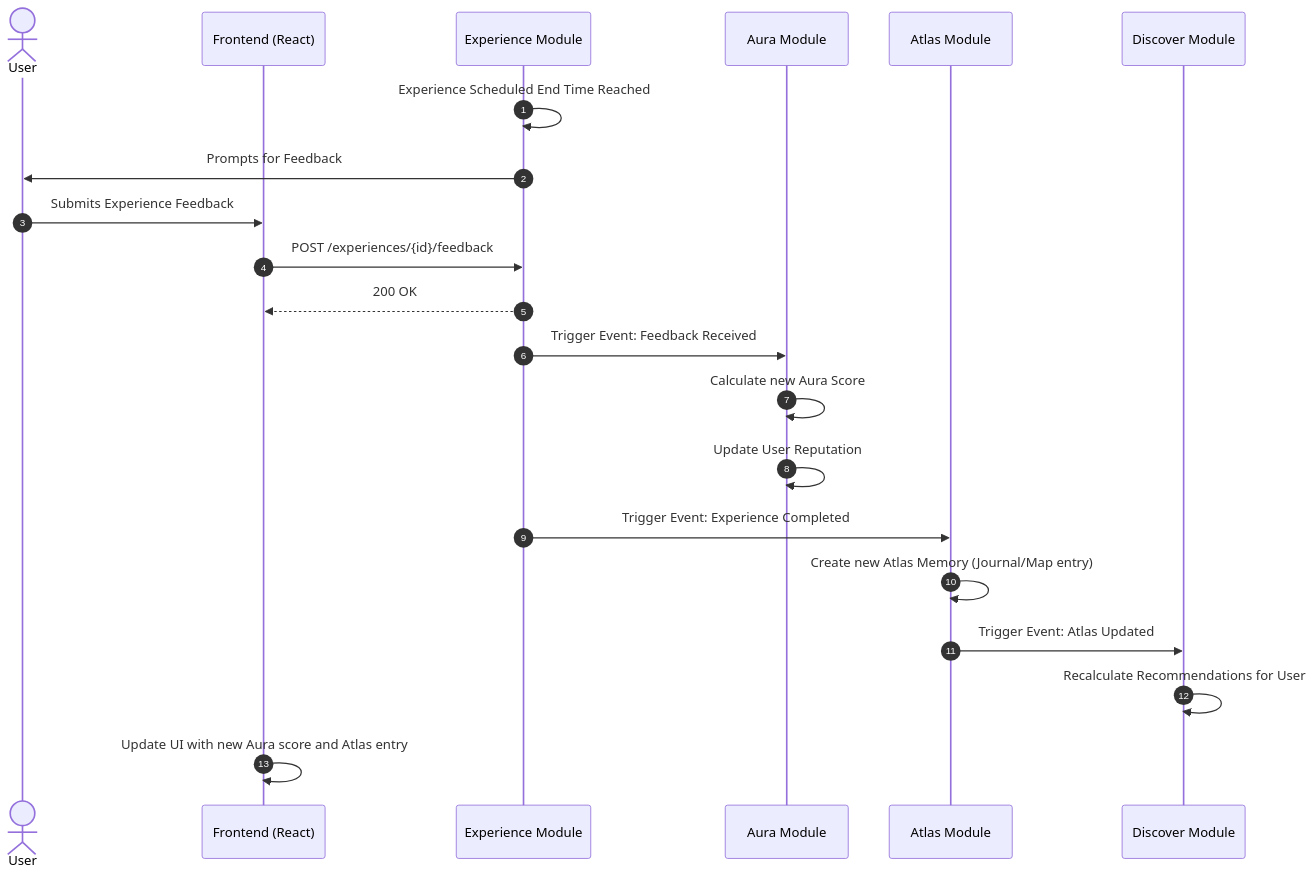
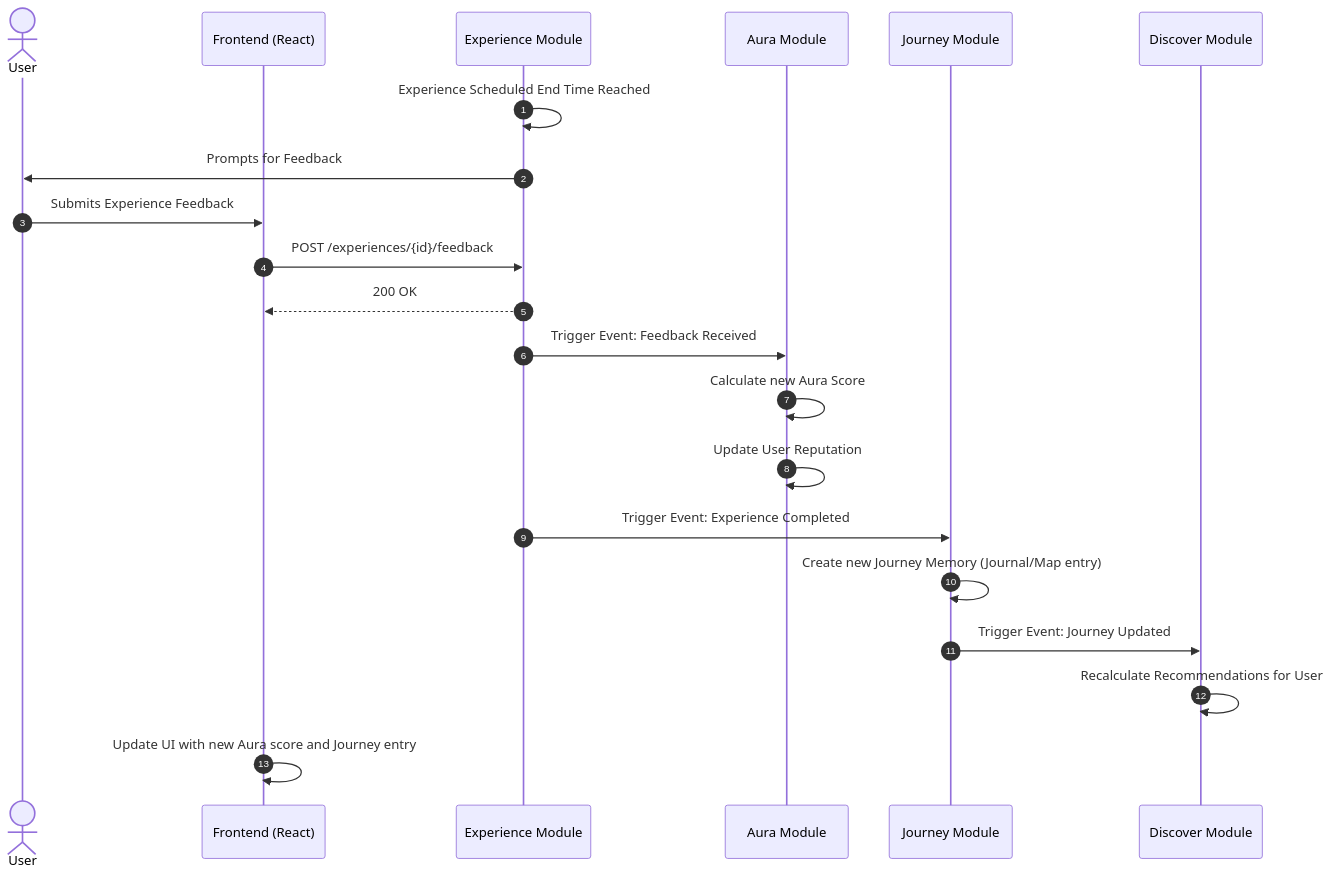
Before and after one commit to nerdlydev/yume: the diagram in docs/04-Flows/Experience-Flow.md, drawn with Mermaid. The commit also changed other lines of this file and 18 other files, not shown here.

````diff
--- a/docs/04-Flows/Experience-Flow.md
+++ b/docs/04-Flows/Experience-Flow.md
@@ -7,36 +7,36 @@
 ```mermaid
 sequenceDiagram
     autonumber
     
     actor U as User
     participant FE as Frontend (React)
     participant Exp as Experience Module
     participant Aura as Aura Module
-    participant Atlas as Atlas Module
+    participant Journey as Journey Module
     participant Recs as Discover Module
 
     %% Experience Completion
     Exp->>Exp: Experience Scheduled End Time Reached
     Exp->>U: Prompts for Feedback
     
     %% Feedback Phase
     U->>FE: Submits Experience Feedback
     FE->>Exp: POST /experiences/{id}/feedback
     Exp-->>FE: 200 OK
     
     %% Aura Update (Reputation)
     Exp->>Aura: Trigger Event: Feedback Received
     Aura->>Aura: Calculate new Aura Score
     Aura->>Aura: Update User Reputation
 
-    %% Atlas Update (Memory)
-    Exp->>Atlas: Trigger Event: Experience Completed
-    Atlas->>Atlas: Create new Atlas Memory (Journal/Map entry)
+    %% Journey Update (Memory)
+    Exp->>Journey: Trigger Event: Experience Completed
+    Journey->>Journey: Create new Journey Memory (Journal/Map entry)
     
     %% Recommendations Update
-    Atlas->>Recs: Trigger Event: Atlas Updated
+    Journey->>Recs: Trigger Event: Journey Updated
     Recs->>Recs: Recalculate Recommendations for User
     
     %% Final State
-    FE->>FE: Update UI with new Aura score and Atlas entry
+    FE->>FE: Update UI with new Aura score and Journey entry
 ```
````
